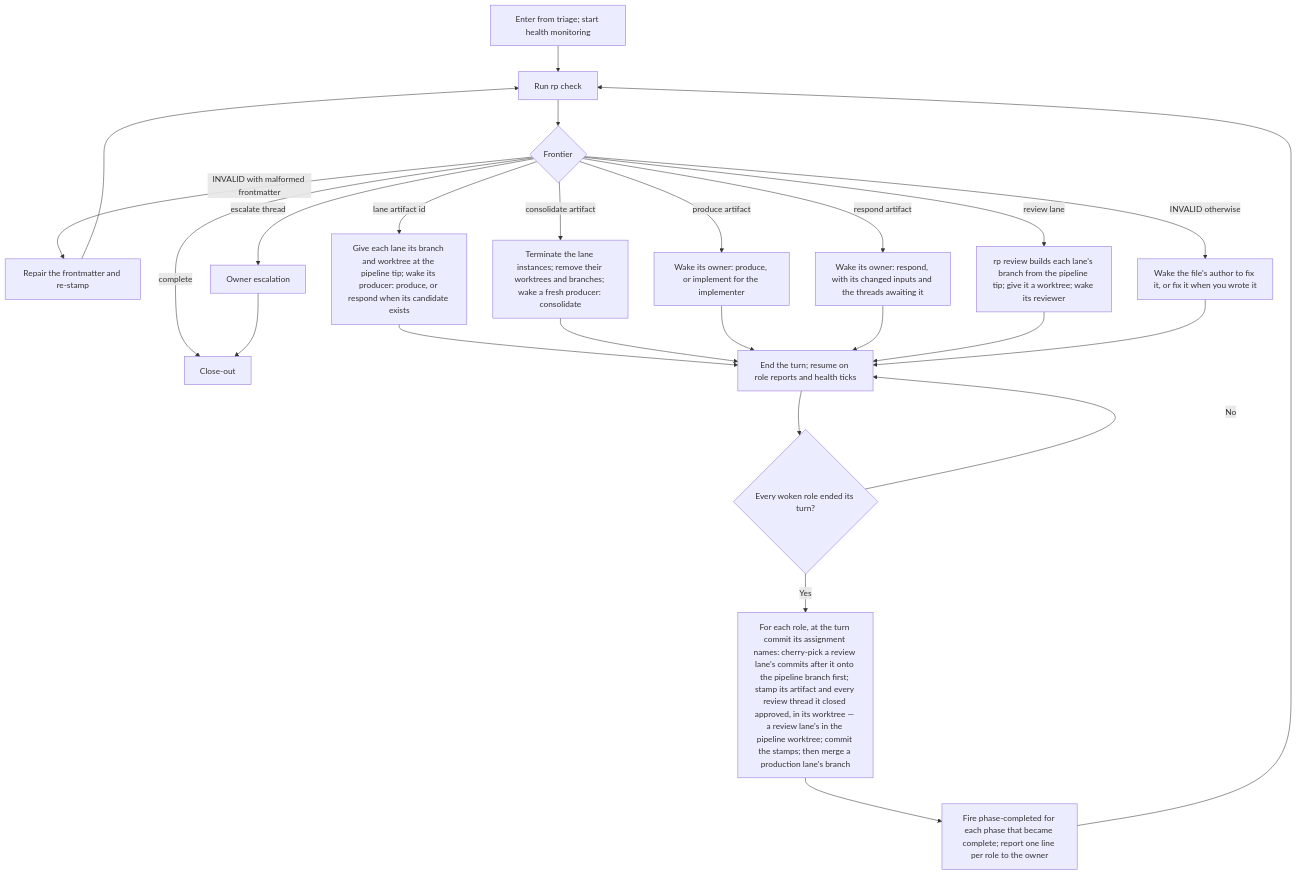
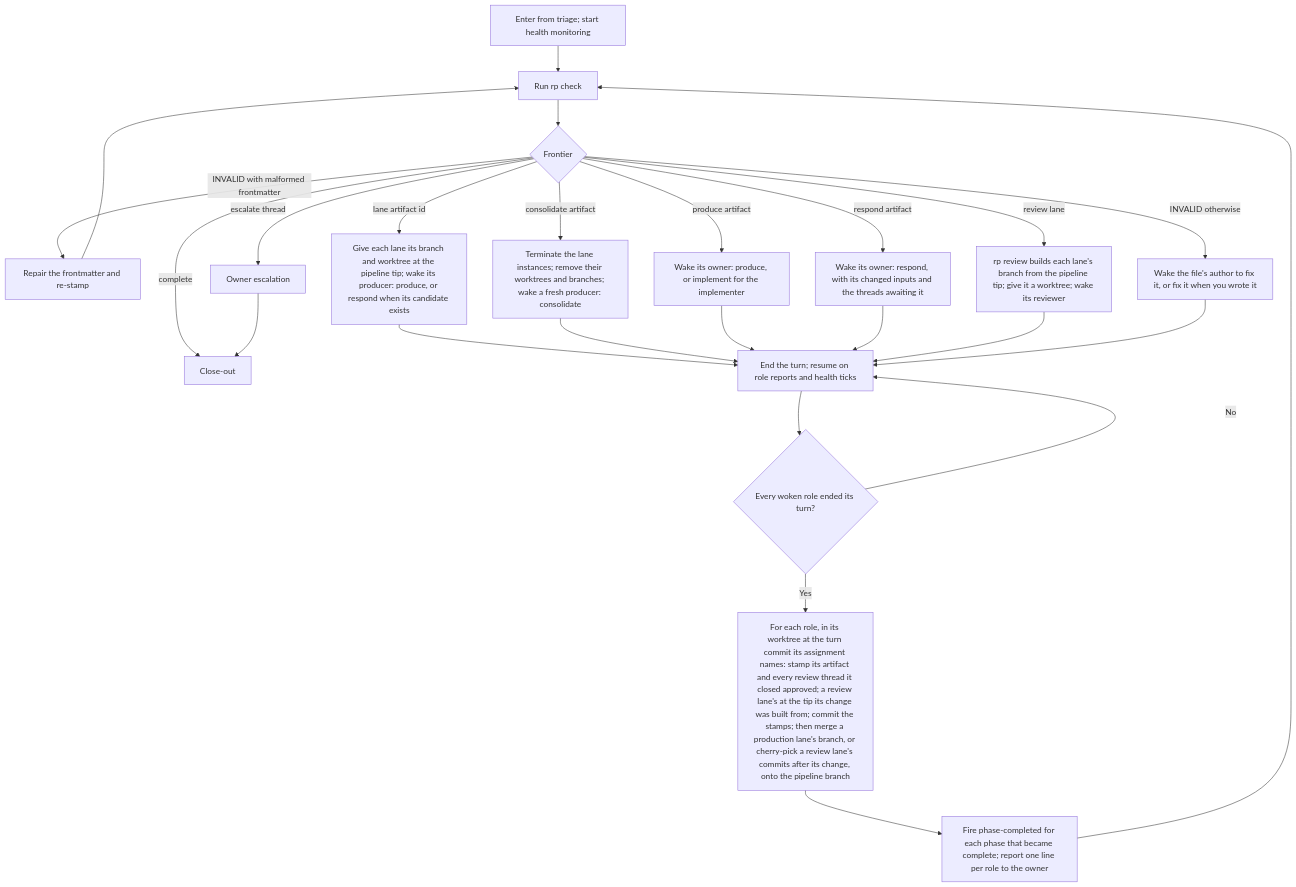
Before and after one commit to Automattic/radical-pipelines: the diagram in docs/flowcharts/loop.md, drawn with Mermaid. The commit also changed 8 other files, not shown here.

Commit message:
Anchor a review approval to the pipeline-branch tip its change was built from (assisted)

````diff
--- a/docs/flowcharts/loop.md
+++ b/docs/flowcharts/loop.md
@@ -5,27 +5,27 @@
 ```mermaid
 flowchart TD
     START["Enter from triage; start health monitoring"] --> A["Run rp check"]
     A --> C{"Frontier"}
     C -->|INVALID with malformed frontmatter| FM["Repair the frontmatter and re-stamp"]
     C -->|INVALID otherwise| AUTHOR["Wake the file's author to fix it, or fix it when you wrote it"]
     C -->|escalate thread| OE["Owner escalation"]
     C -->|lane artifact id| LANE["Give each lane its branch and worktree at the pipeline tip; wake its producer: produce, or respond when its candidate exists"]
     C -->|consolidate artifact| CON["Terminate the lane instances; remove their worktrees and branches; wake a fresh producer: consolidate"]
     C -->|produce artifact| PRODUCE["Wake its owner: produce, or implement for the implementer"]
     C -->|respond artifact| RESPOND["Wake its owner: respond, with its changed inputs and the threads awaiting it"]
     C -->|review lane| REVIEW["rp review builds each lane's branch from the pipeline tip; give it a worktree; wake its reviewer"]
     C -->|complete| CLOSE["Close-out"]
     OE --> CLOSE
     FM --> A
     LANE --> WAIT
     CON --> WAIT
     PRODUCE --> WAIT
     RESPOND --> WAIT
     REVIEW --> WAIT
     AUTHOR --> WAIT
     WAIT["End the turn; resume on role reports and health ticks"] --> ENDED{"Every woken role ended its turn?"}
     ENDED -->|No| WAIT
-    ENDED -->|Yes| LAND["For each role, at the turn commit its assignment names: cherry-pick a review lane's commits after it onto the pipeline branch first; stamp its artifact and every review thread it closed approved, in its worktree — a review lane's in the pipeline worktree; commit the stamps; then merge a production lane's branch"]
+    ENDED -->|Yes| LAND["For each role, in its worktree at the turn commit its assignment names: stamp its artifact and every review thread it closed approved; a review lane's at the tip its change was built from; commit the stamps; then merge a production lane's branch, or cherry-pick a review lane's commits after its change, onto the pipeline branch"]
     LAND --> PC["Fire phase-completed for each phase that became complete; report one line per role to the owner"]
     PC --> A
 ```
````
